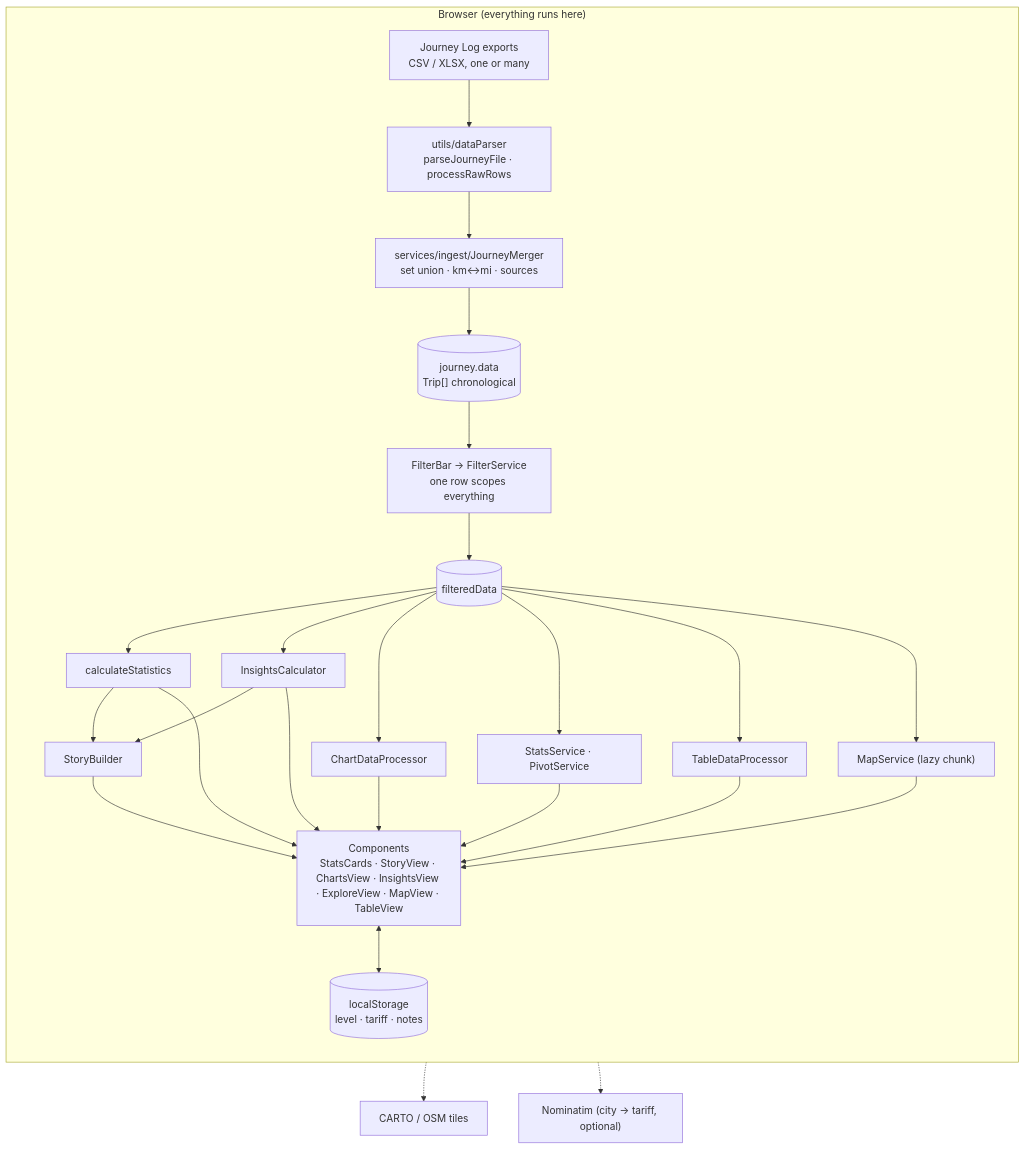
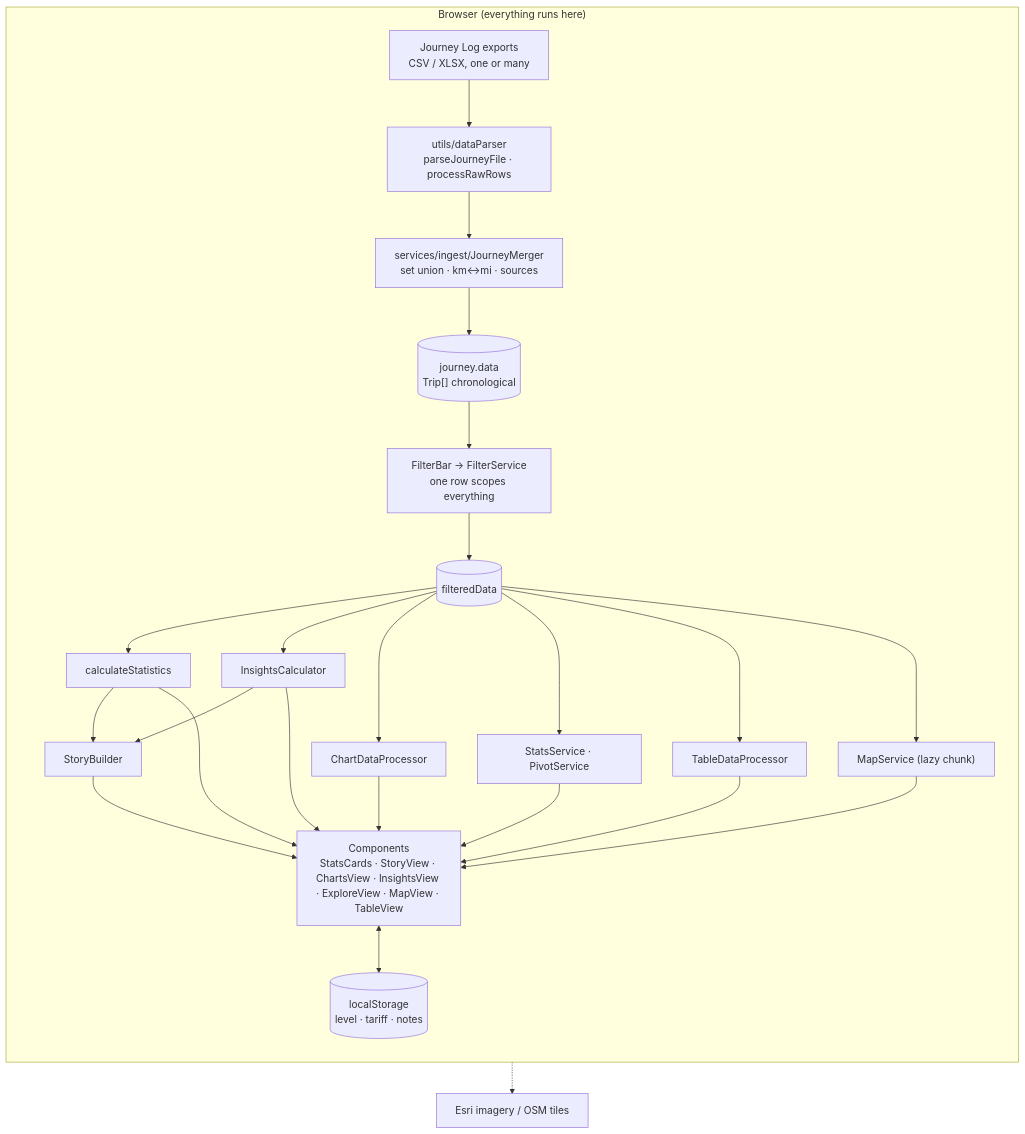
One commit to Polestar-OSS/polestar-journey-log-explorer changed the diagram in docs/diagrams/system-architecture.md. Above: the diagram before and after it, drawn with Mermaid. The commit also changed 64 other files, not shown here.

````diff
--- a/docs/diagrams/system-architecture.md
+++ b/docs/diagrams/system-architecture.md
@@ -3,31 +3,29 @@
 ```mermaid
 flowchart TB
     subgraph Browser["Browser (everything runs here)"]
         direction TB
         Files["Journey Log exports<br/>CSV / XLSX, one or many"]
         Parse["utils/dataParser<br/>parseJourneyFile · processRawRows"]
         Merge["services/ingest/JourneyMerger<br/>set union · km↔mi · sources"]
         Journey[("journey.data<br/>Trip[] chronological")]
         Filter["FilterBar → FilterService<br/>one row scopes everything"]
         Filtered[("filteredData")]
         Stats["calculateStatistics"]
         Insights["InsightsCalculator"]
         Charts["ChartDataProcessor"]
         Expert["StatsService · PivotService"]
         Story["StoryBuilder"]
         Table["TableDataProcessor"]
         Map["MapService (lazy chunk)"]
         UI["Components<br/>StatsCards · StoryView · ChartsView · InsightsView · ExploreView · MapView · TableView"]
         Prefs[("localStorage<br/>level · tariff · notes")]
     end
-    Tiles["CARTO / OSM tiles"]
-    Nominatim["Nominatim (city → tariff, optional)"]
+    Tiles["Esri imagery / OSM tiles"]
 
     Files --> Parse --> Merge --> Journey --> Filter --> Filtered
     Filtered --> Stats & Insights & Charts & Expert & Table & Map
     Stats & Insights --> Story
     Stats & Insights & Charts & Expert & Story & Table & Map --> UI
     UI <--> Prefs
     Map -.-> Tiles
-    UI -.-> Nominatim
 ```
````
